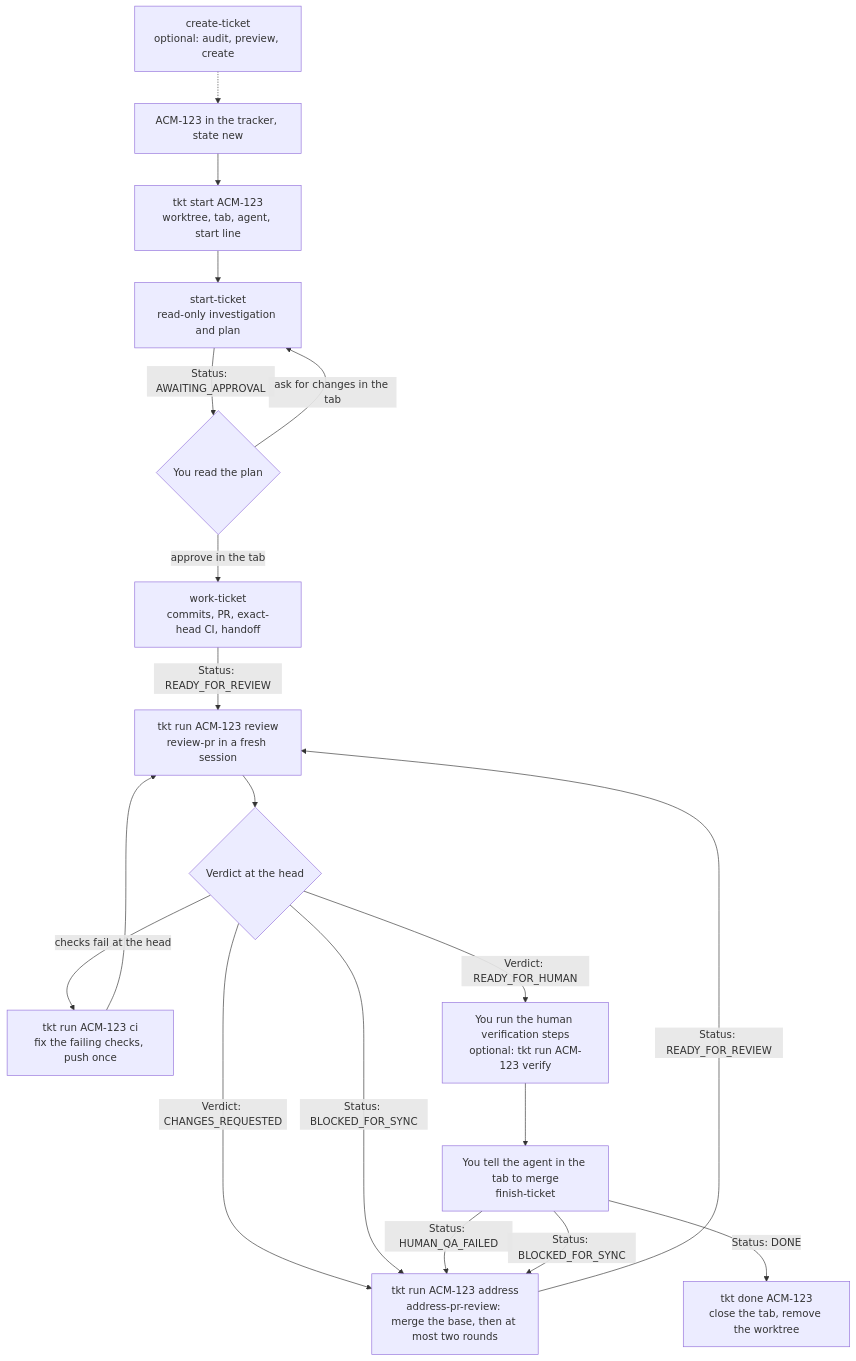
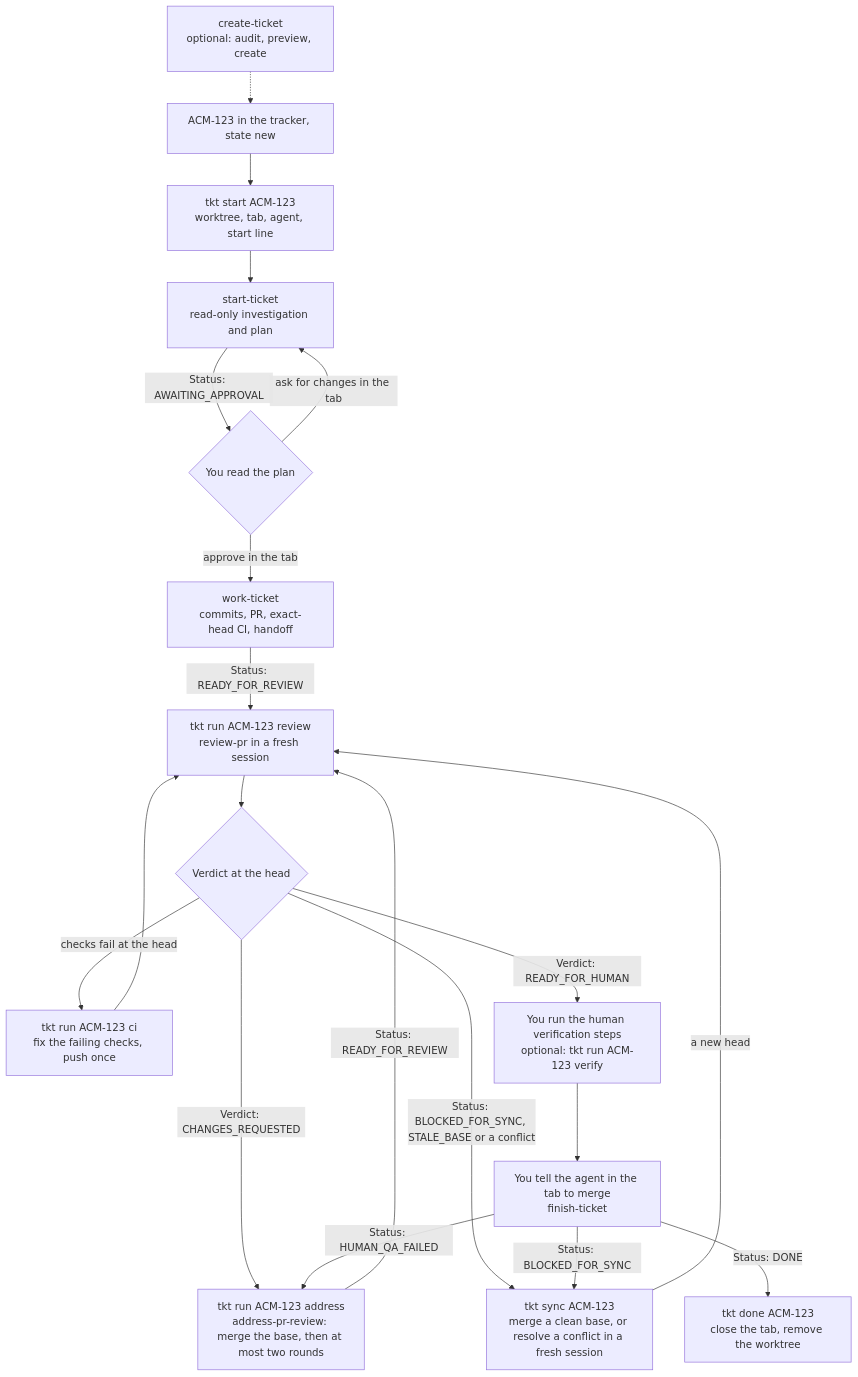
Before and after one commit to rogsme/tkt: the second of 5 diagrams in docs/lifecycle.md, drawn with Mermaid. The commit also changed other lines of this file and 45 other files, not shown here.

First line of the commit message:
Add tkt sync, which merges a clean base without an agent

````diff
--- a/docs/lifecycle.md
+++ b/docs/lifecycle.md
@@ -58,35 +59,37 @@
 ```mermaid
 flowchart TD
   ticket[ACM-123 in the tracker, state new]
   ct[create-ticket<br/>optional: audit, preview, create]
   start[tkt start ACM-123<br/>worktree, tab, agent, start line]
   st[start-ticket<br/>read-only investigation and plan]
   plan{You read the plan}
   wk[work-ticket<br/>commits, PR, exact-head CI, handoff]
   review[tkt run ACM-123 review<br/>review-pr in a fresh session]
   verdict{Verdict at the head}
   address[tkt run ACM-123 address<br/>address-pr-review: merge the base, then at most two rounds]
+  sync[tkt sync ACM-123<br/>merge a clean base, or resolve a conflict in a fresh session]
   cifix[tkt run ACM-123 ci<br/>fix the failing checks, push once]
   human[You run the human verification steps<br/>optional: tkt run ACM-123 verify]
   merge[You tell the agent in the tab to merge<br/>finish-ticket]
   done[tkt done ACM-123<br/>close the tab, remove the worktree]
 
   ct -.-> ticket
   ticket --> start
   start --> st
   st -->|Status: AWAITING_APPROVAL| plan
   plan -->|ask for changes in the tab| st
   plan -->|approve in the tab| wk
   wk -->|Status: READY_FOR_REVIEW| review
   review --> verdict
   verdict -->|Verdict: CHANGES_REQUESTED| address
-  verdict -->|Status: BLOCKED_FOR_SYNC| address
+  verdict -->|Status: BLOCKED_FOR_SYNC, STALE_BASE or a conflict| sync
   verdict -->|checks fail at the head| cifix
   verdict -->|Verdict: READY_FOR_HUMAN| human
   address -->|Status: READY_FOR_REVIEW| review
+  sync -->|a new head| review
   cifix --> review
   human --> merge
   merge -->|Status: HUMAN_QA_FAILED| address
-  merge -->|Status: BLOCKED_FOR_SYNC| address
+  merge -->|Status: BLOCKED_FOR_SYNC| sync
   merge -->|Status: DONE| done
 ```
````
